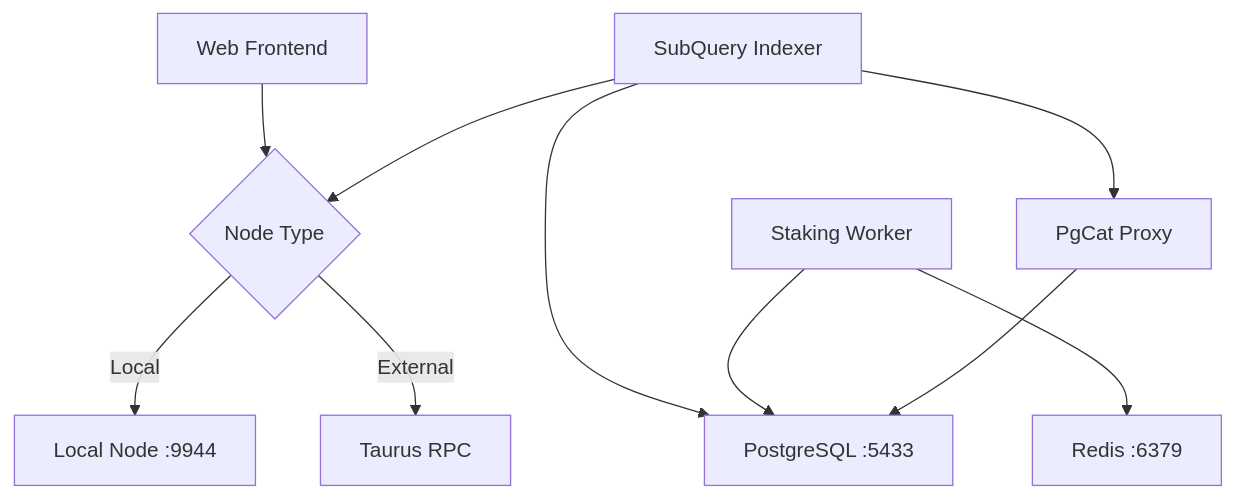
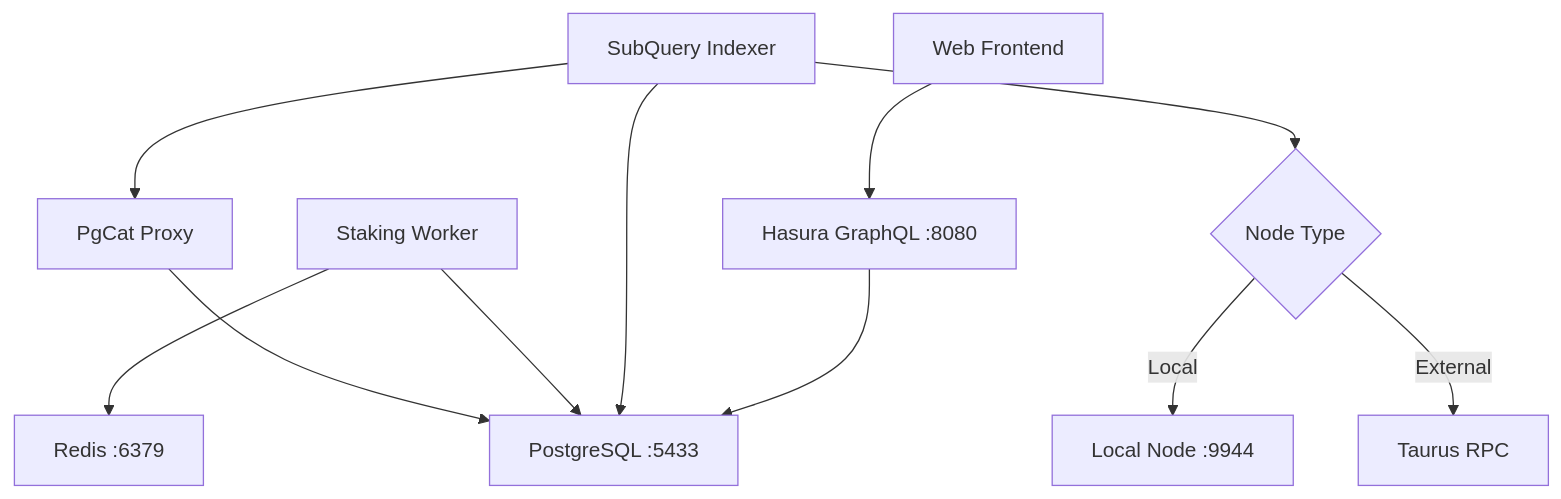
Before and after one commit to autonomys/auto-portal: the diagram in infra/staking/README.md, drawn with Mermaid. The commit also changed other lines of this file and 2 other files, not shown here.

Commit message:
docs: update README files to include Hasura GraphQL API details and configuration instructions

````diff
--- a/infra/staking/README.md
+++ b/infra/staking/README.md
@@ -54,14 +55,17 @@
 ```mermaid
 graph TD
-    A[Web Frontend] --> C{Node Type}
+    A[Web Frontend] --> K[Hasura GraphQL :8080]
+    K --> G[PostgreSQL :5433]
+
+    C{Node Type}
     C -->|Local| D[Local Node :9944]
     C -->|External| E[Taurus RPC]
 
-    F[SubQuery Indexer] --> G[PostgreSQL :5433]
+    F[SubQuery Indexer] --> G
     F --> C
     H[Staking Worker] --> I[Redis :6379]
     H --> G
 
     J[PgCat Proxy] --> G
     F --> J
 ```
````
